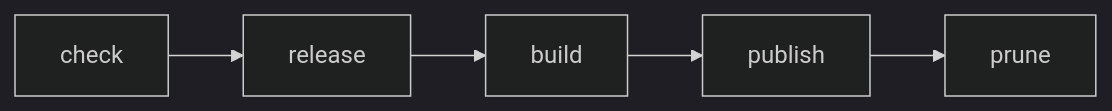
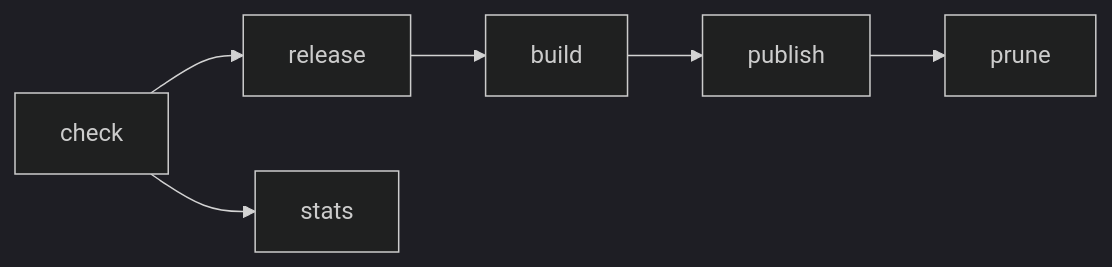
The diagram in docs/ARCHITECTURE.md (JuliusBairaktaris/Qualcommax_NSS_Builder), drawn with Mermaid (dark theme) before and after one commit. The commit also changed other lines of this file and 2 other files, not shown here.

````diff
--- a/docs/ARCHITECTURE.md
+++ b/docs/ARCHITECTURE.md
@@ -7,4 +13,5 @@
 ```mermaid
 flowchart LR
     check --> release --> build --> publish --> prune
+    check --> stats
 ```
````
